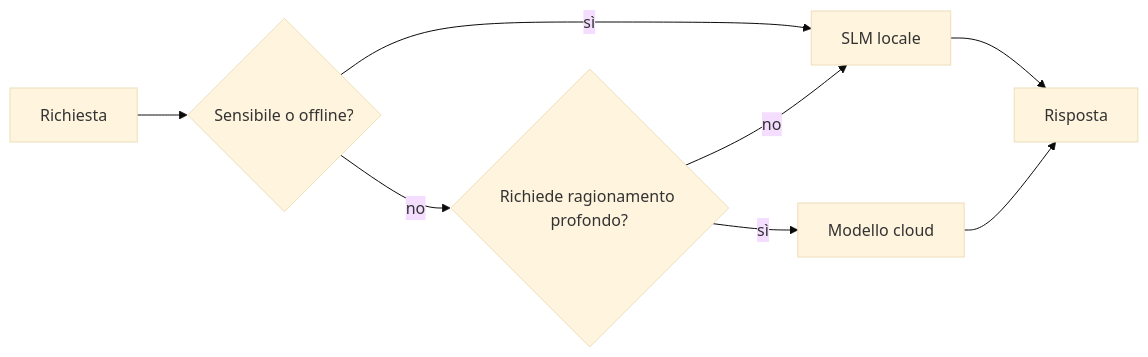
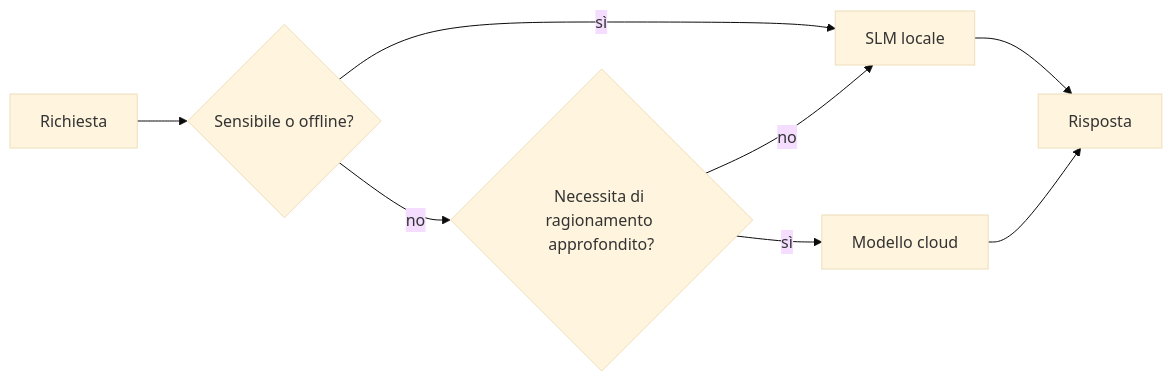
Before and after one commit to microsoft/ai-agents-for-beginners: the fourth of 4 diagrams in translations/it/17-creating-local-ai-agents/README.md, drawn with Mermaid (base theme). The commit also changed other lines of this file and 47 other files, not shown here.

````diff
--- a/translations/it/17-creating-local-ai-agents/README.md
+++ b/translations/it/17-creating-local-ai-agents/README.md
@@ -156,10 +156,10 @@
 ```mermaid
 flowchart LR
     Q[Richiesta] --> S{Sensibile o offline?}
     S -->|sì| L[SLM locale]
-    S -->|no| C{Richiede ragionamento profondo?}
+    S -->|no| C{Necessita di ragionamento approfondito?}
     C -->|no| L
     C -->|sì| Cloud[Modello cloud]
     L --> Out[Risposta]
     Cloud --> Out
 ```
````
